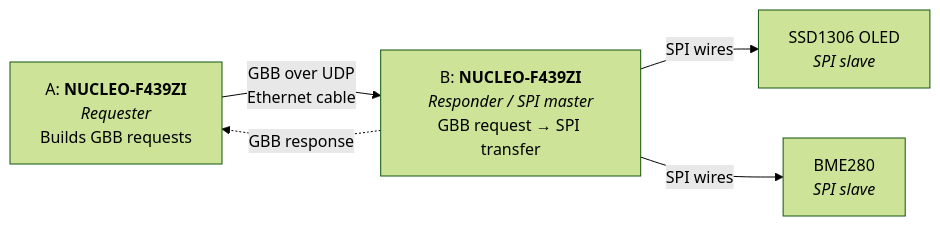
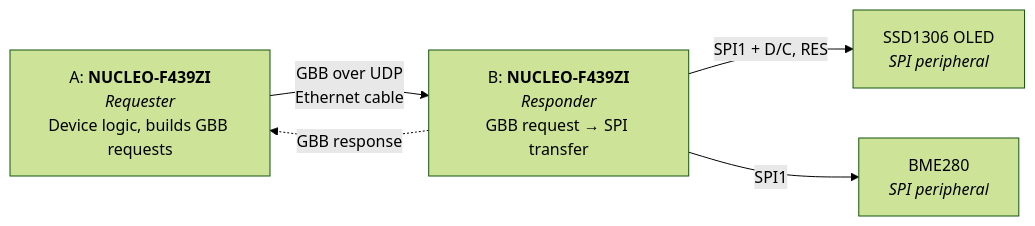
Before and after one commit to Kartoffelbauer/rts-open1722-remote-spi: the first of 2 diagrams in docs/architecture.md, drawn with Mermaid (forest theme). The commit also changed other lines of this file and 8 other files, not shown here.

````diff
--- a/docs/architecture.md
+++ b/docs/architecture.md
@@ -5,12 +7,12 @@
 ```mermaid
 flowchart LR
-    A["A: <b>NUCLEO-F439ZI</b><br/><i>Requester</i><br/>Builds GBB requests"]
-    B["B: <b>NUCLEO-F439ZI</b><br/><i>Responder / SPI master</i><br/>GBB request → SPI transfer"]
-    O["SSD1306 OLED<br/><i>SPI slave</i>"]
-    S["BME280<br/><i>SPI slave</i>"]
+    A["A: <b>NUCLEO-F439ZI</b><br/><i>Requester</i><br/>Device logic, builds GBB requests"]
+    B["B: <b>NUCLEO-F439ZI</b><br/><i>Responder</i><br/>GBB request → SPI transfer"]
+    O["SSD1306 OLED<br/><i>SPI peripheral</i>"]
+    S["BME280<br/><i>SPI peripheral</i>"]
 
     A -- "GBB over UDP<br/>Ethernet cable" --> B
     B -. "GBB response" .-> A
-    B -- "SPI wires" --> O
-    B -- "SPI wires" --> S
+    B -- "SPI1 + D/C, RES" --> O
+    B -- "SPI1" --> S
 ```
````
